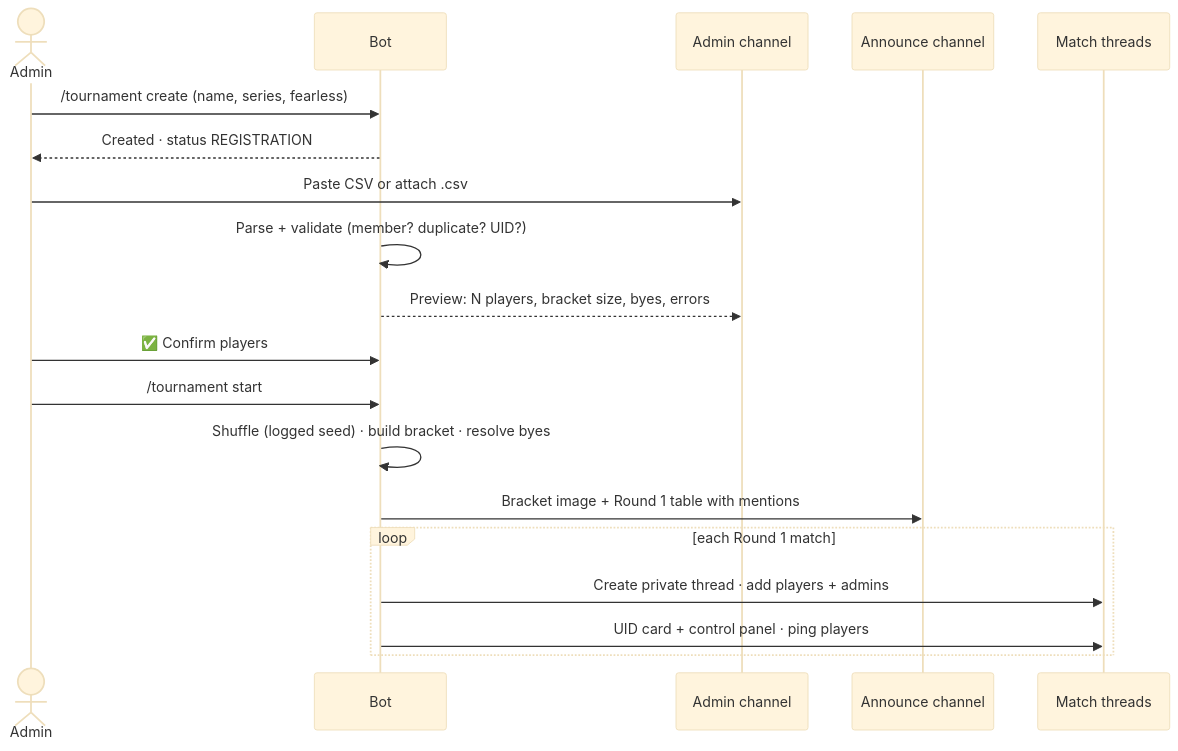
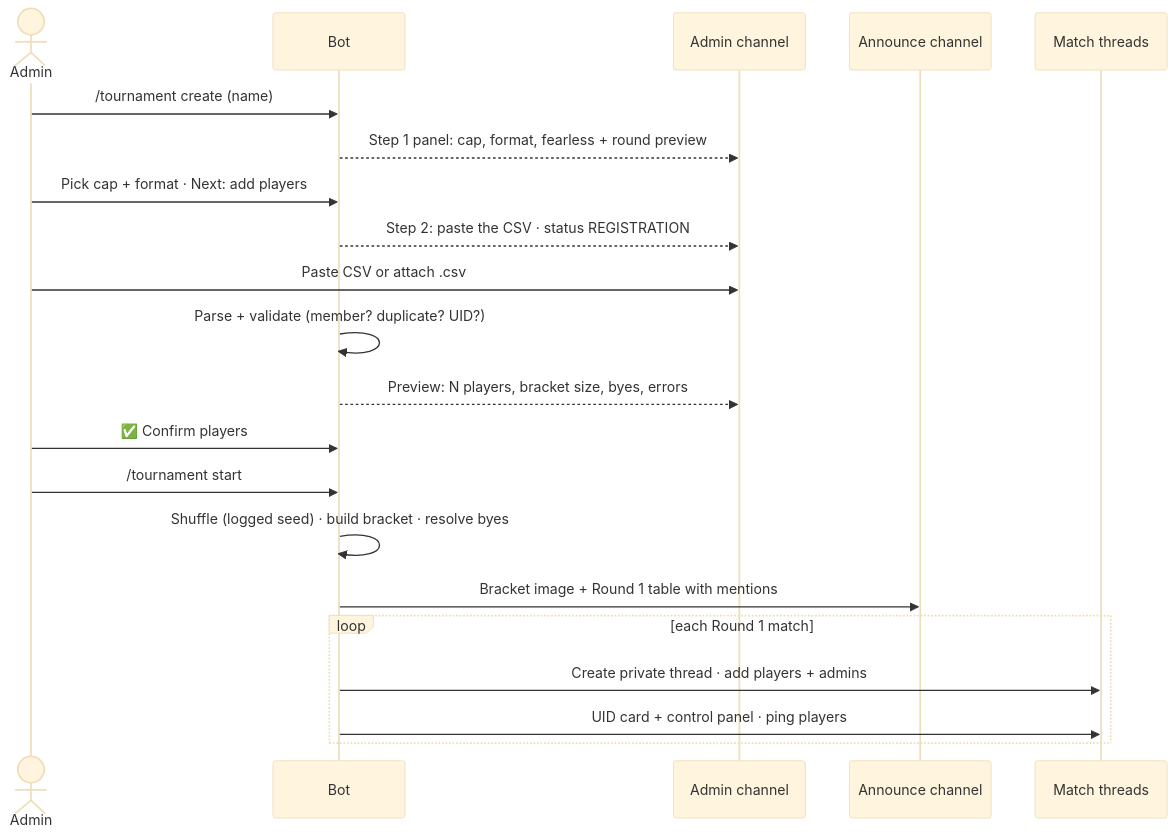
One commit to lunaxoniichan/aniimo-pvp changed the fourth of 9 diagrams in docs/SYSTEM_DESIGN.md. Above: the diagram before and after it, drawn with Mermaid (base theme). The commit also changed other lines of this file and 1 other file, not shown here.

First line of the commit message:
Docs: add create step formats and approved UI decisions

````diff
--- a/docs/SYSTEM_DESIGN.md
+++ b/docs/SYSTEM_DESIGN.md
@@ -101,21 +104,23 @@
 ```mermaid
 sequenceDiagram
   actor Admin
   participant Bot
   participant AdminCh as Admin channel
   participant Ann as Announce channel
   participant Th as Match threads
-  Admin->>Bot: /tournament create (name, series, fearless)
-  Bot-->>Admin: Created · status REGISTRATION
+  Admin->>Bot: /tournament create (name)
+  Bot-->>AdminCh: Step 1 panel: cap, format, fearless + round preview
+  Admin->>Bot: Pick cap + format · Next: add players
+  Bot-->>AdminCh: Step 2: paste the CSV · status REGISTRATION
   Admin->>AdminCh: Paste CSV or attach .csv
   Bot->>Bot: Parse + validate (member? duplicate? UID?)
   Bot-->>AdminCh: Preview: N players, bracket size, byes, errors
   Admin->>Bot: ✅ Confirm players
   Admin->>Bot: /tournament start
   Bot->>Bot: Shuffle (logged seed) · build bracket · resolve byes
   Bot->>Ann: Bracket image + Round 1 table with mentions
   loop each Round 1 match
     Bot->>Th: Create private thread · add players + admins
     Bot->>Th: UID card + control panel · ping players
   end
 ```
````
